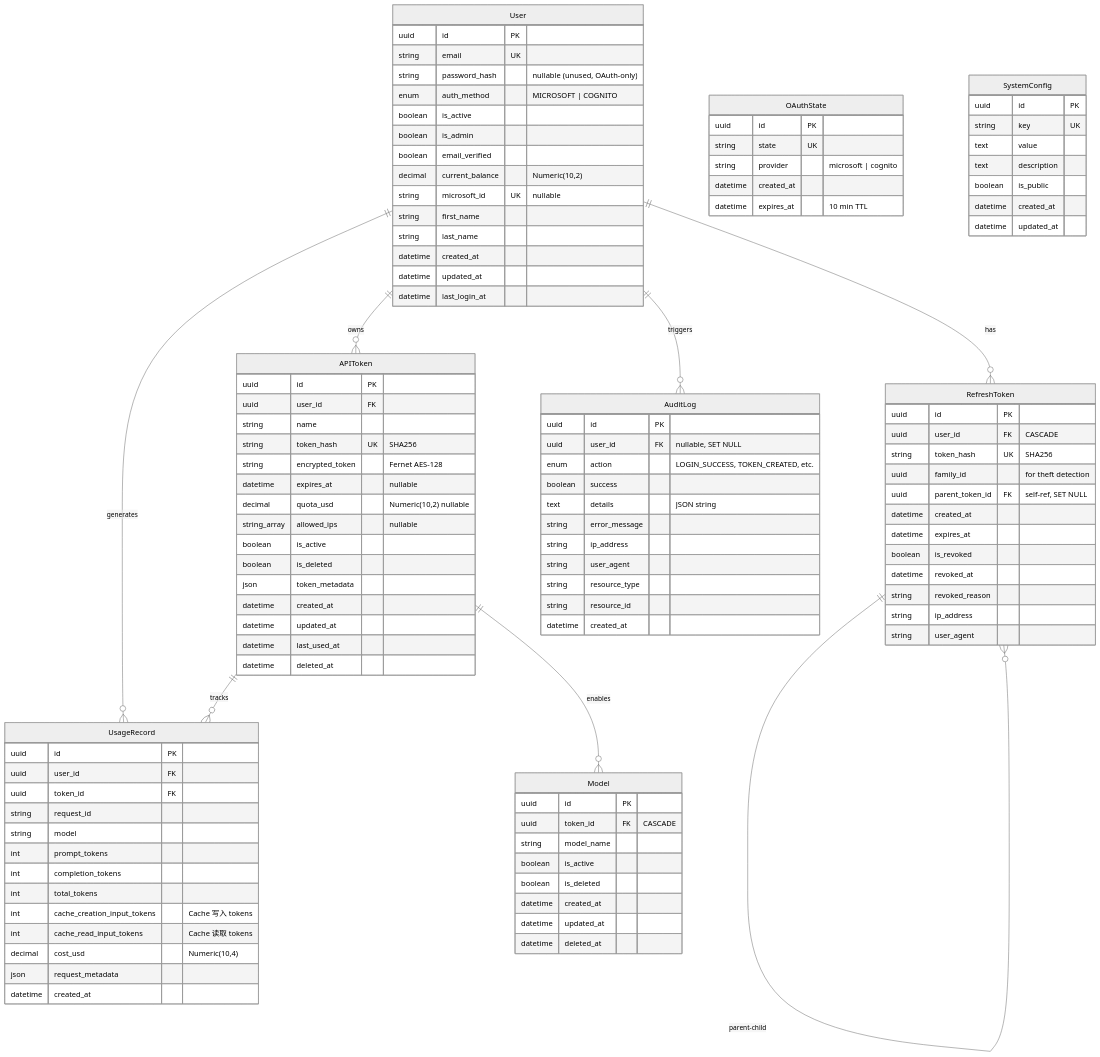
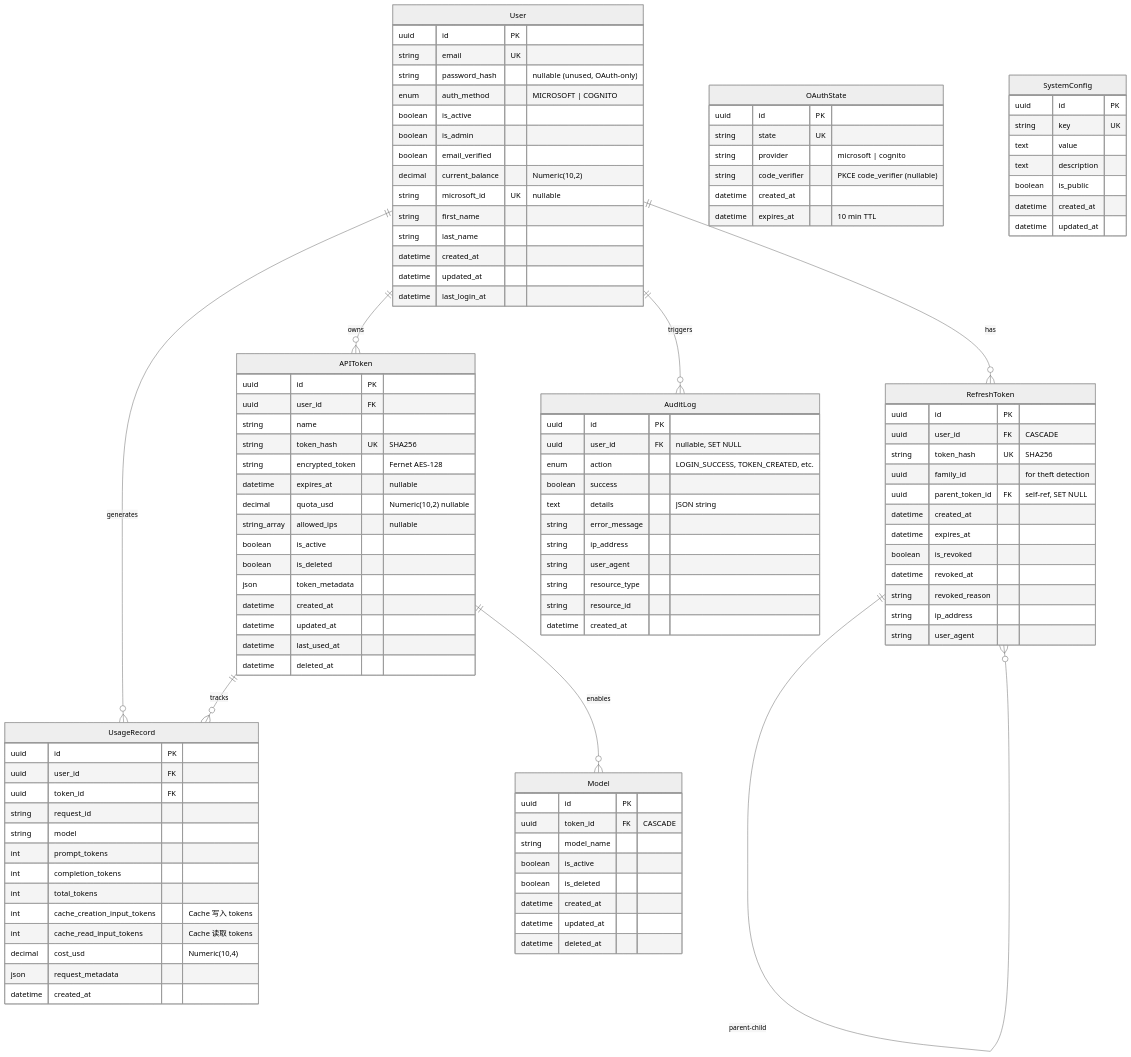
Before and after one commit to aws-samples/sample-kolya-br-proxy: the third of 9 diagrams in docs/architecture.zh.md, drawn with Mermaid (neutral theme). The commit also changed other lines of this file and 41 other files, not shown here.

```diff
--- a/docs/architecture.zh.md
+++ b/docs/architecture.zh.md
@@ -271,6 +271,7 @@
         uuid id PK
         string state UK
         string provider "microsoft | cognito"
+        string code_verifier "PKCE code_verifier (nullable)"
         datetime created_at
         datetime expires_at "10 min TTL"
     }
```
